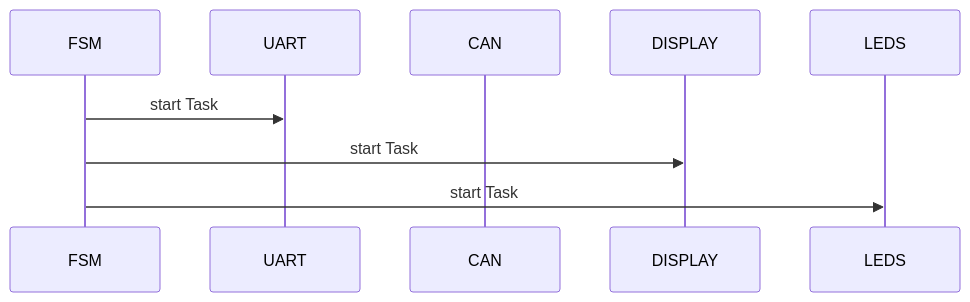
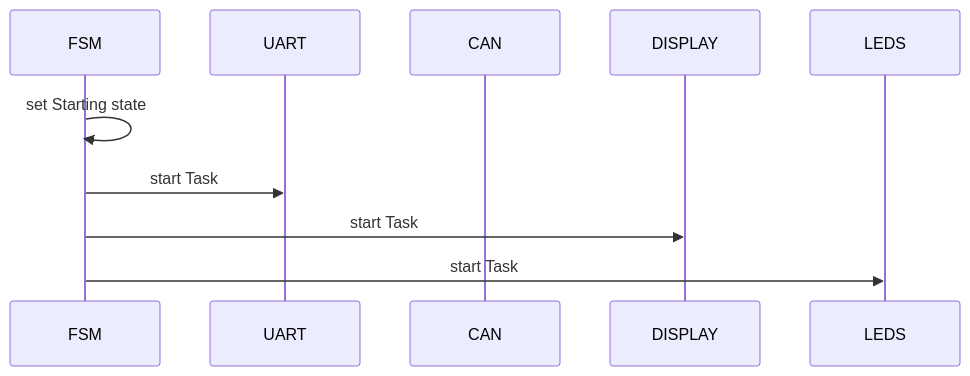
Before and after one commit to michaelgr22/can-to-go-system: the second of 4 diagrams in Software/esp32/can-to-go-system/README.md, drawn with Mermaid. The commit also changed other lines of this file, not shown here.

````diff
--- a/Software/esp32/can-to-go-system/README.md
+++ b/Software/esp32/can-to-go-system/README.md
@@ -17,12 +17,13 @@
 ```mermaid
 sequenceDiagram
     participant FSM
     participant UART
     participant CAN
     participant DISPLAY
     participant LEDS
 
+    FSM->>FSM: set Starting state
     FSM->>UART: start Task
     FSM->>DISPLAY: start Task
     FSM->>LEDS: start Task
 ```
````
